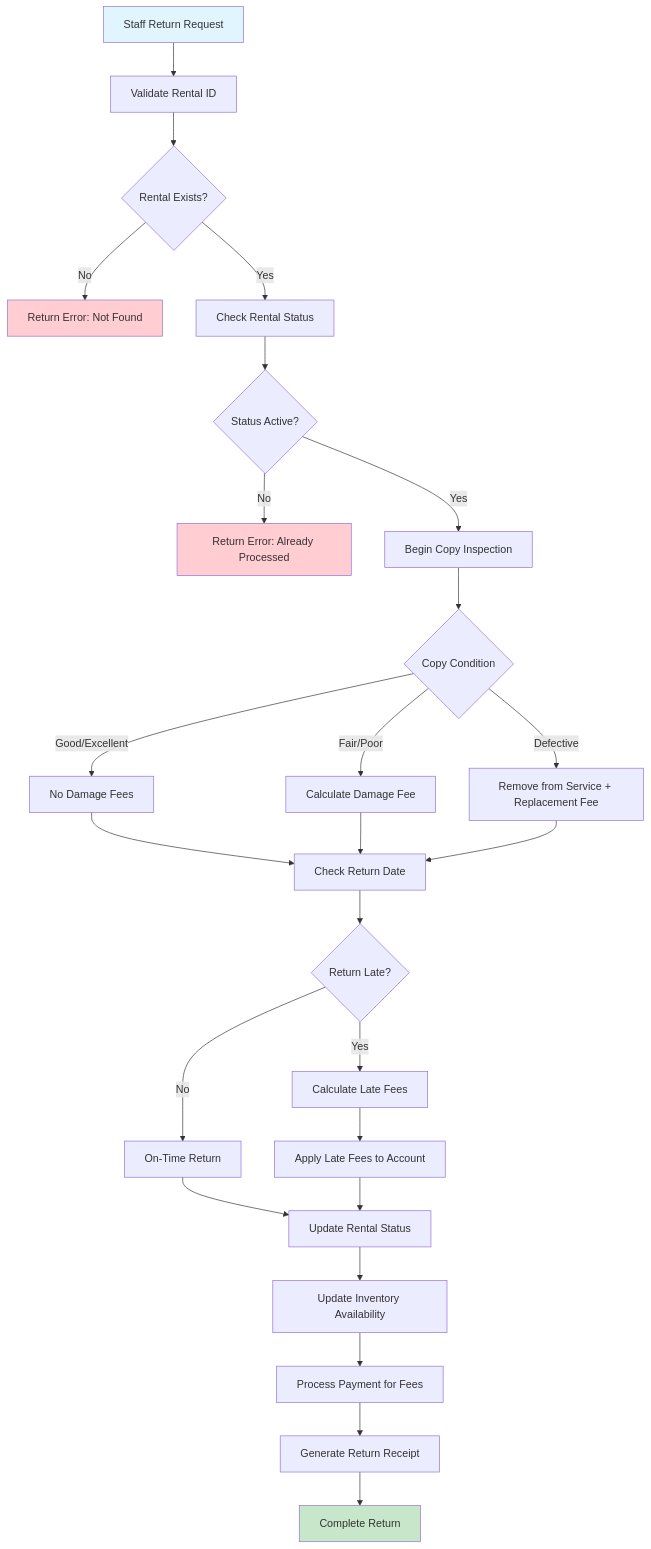
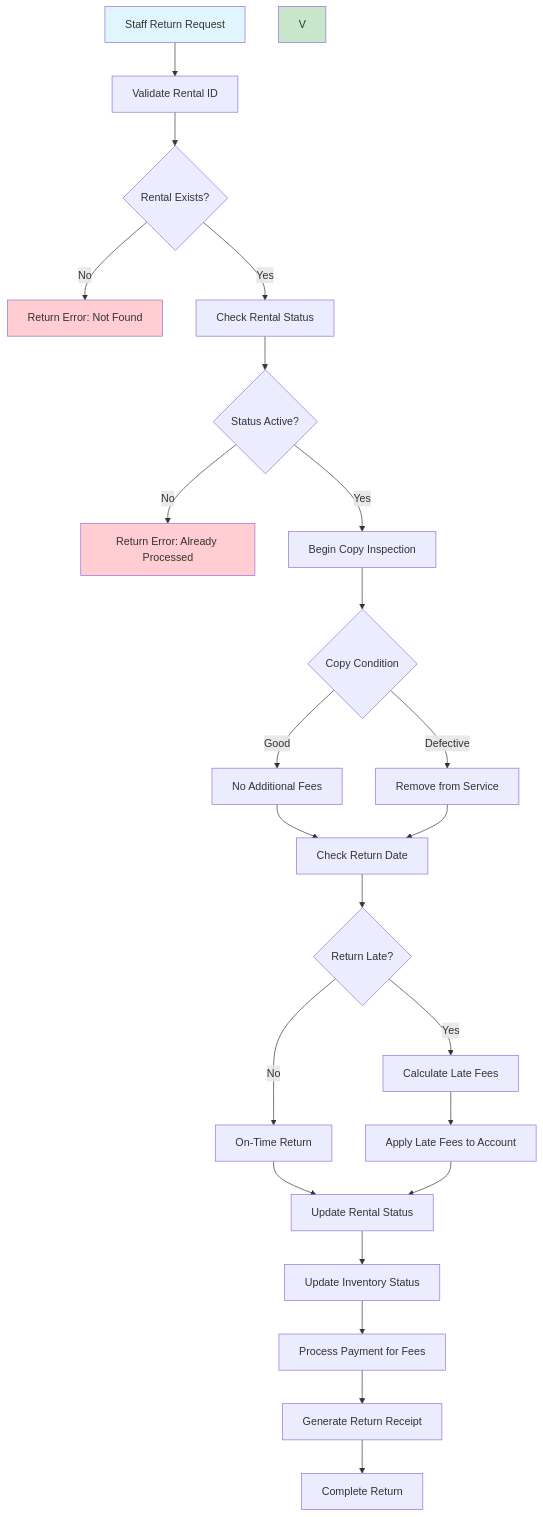
The diagram in diagrams/workflows/04-return-processing-workflow.md (tiberius-s/video-rental-demo), drawn with Mermaid before and after one commit. The commit also changed other lines of this file and 18 other files, not shown here.

````diff
--- a/diagrams/workflows/04-return-processing-workflow.md
+++ b/diagrams/workflows/04-return-processing-workflow.md
@@ -20,37 +19,35 @@
 ```mermaid
 flowchart TD
     A[Staff Return Request] --> B[Validate Rental ID]
     B --> C{Rental Exists?}
     C -->|No| D[Return Error: Not Found]
     C -->|Yes| E[Check Rental Status]
     E --> F{Status Active?}
     F -->|No| G[Return Error: Already Processed]
     F -->|Yes| H[Begin Copy Inspection]
 
     H --> I{Copy Condition}
-    I -->|Good/Excellent| J[No Damage Fees]
-    I -->|Fair/Poor| K[Calculate Damage Fee]
-    I -->|Defective| L[Remove from Service + Replacement Fee]
+    I -->|Good| J[No Additional Fees]
+    I -->|Defective| K[Remove from Service]
 
-    J --> M[Check Return Date]
-    K --> M
-    L --> M
+    J --> L[Check Return Date]
+    K --> L
 
-    M --> N{Return Late?}
-    N -->|No| O[On-Time Return]
-    N -->|Yes| P[Calculate Late Fees]
+    L --> M{Return Late?}
+    M -->|No| N[On-Time Return]
+    M -->|Yes| O[Calculate Late Fees]
 
-    O --> Q[Update Rental Status]
-    P --> R[Apply Late Fees to Account]
-    R --> Q
+    N --> P[Update Rental Status]
+    O --> Q[Apply Late Fees to Account]
+    Q --> P
 
-    Q --> S[Update Inventory Availability]
-    S --> T[Process Payment for Fees]
-    T --> U[Generate Return Receipt]
-    U --> V[Complete Return]
+    P --> R[Update Inventory Status]
+    R --> S[Process Payment for Fees]
+    S --> T[Generate Return Receipt]
+    T --> U[Complete Return]
 
     style A fill:#e1f5fe
     style V fill:#c8e6c9
     style D fill:#ffcdd2
     style G fill:#ffcdd2
 ```
````
